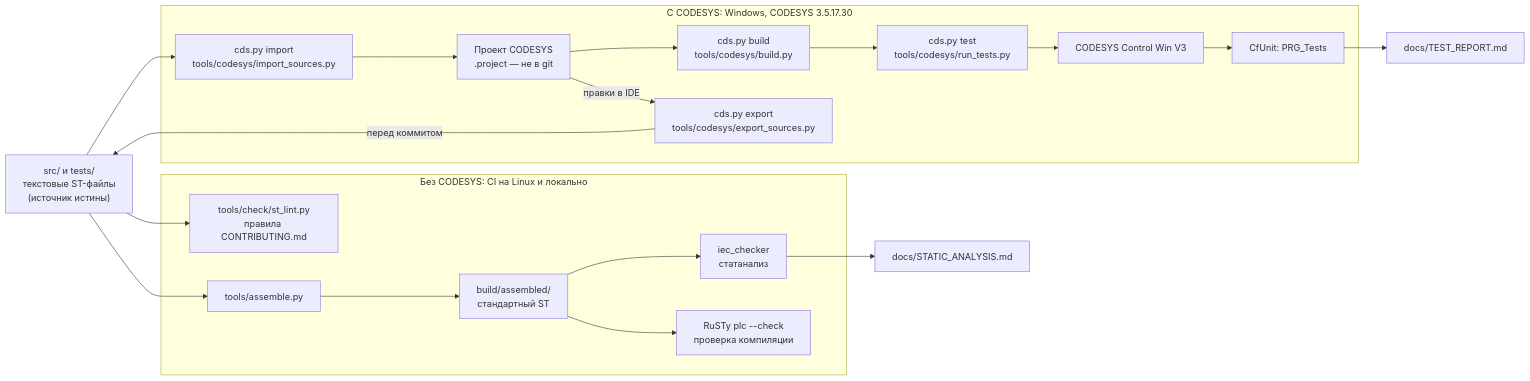
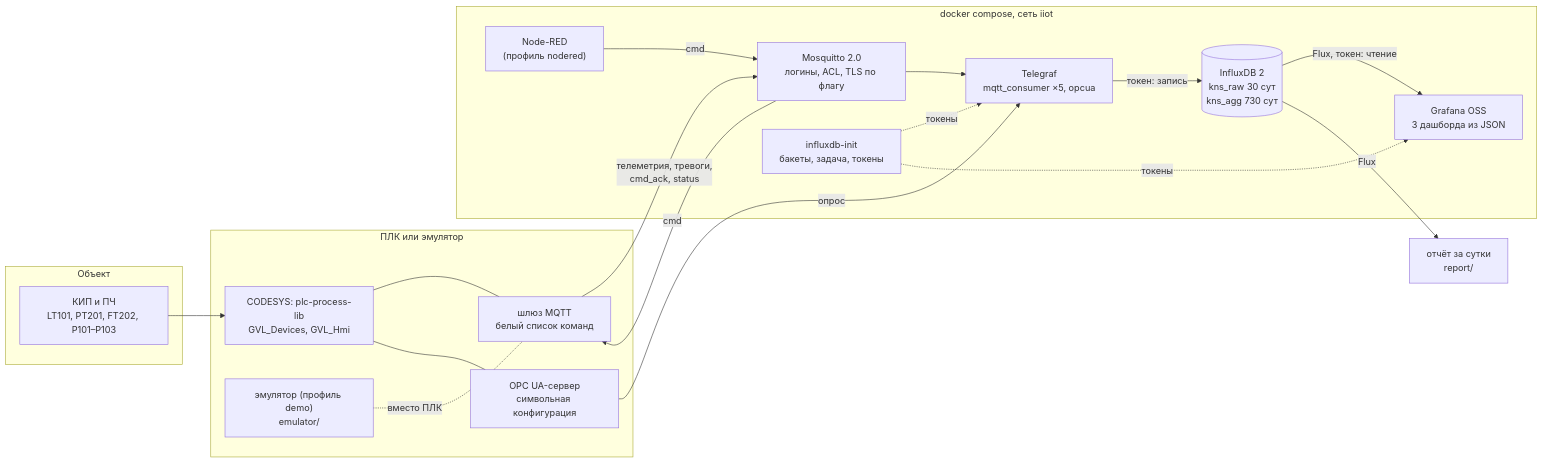
Before and after one commit to kr0nsch/plc-iiot-stack: the first of 2 diagrams in docs/ARCHITECTURE.md, drawn with Mermaid. The commit also changed other lines of this file and 28 other files, not shown here.

Commit message:
docs: архитектура, безопасность, схема данных, локальный запуск без Docker, CI

````diff
--- a/docs/ARCHITECTURE.md
+++ b/docs/ARCHITECTURE.md
@@ -9,32 +13,36 @@
 ```mermaid
 flowchart LR
-    src["src/ и tests/<br/>текстовые ST-файлы<br/>(источник истины)"]
+    subgraph field["Объект"]
+        kip["КИП и ПЧ<br/>LT101, PT201, FT202, P101–P103"]
+    end
+    subgraph plc["ПЛК или эмулятор"]
+        cds["CODESYS: plc-process-lib<br/>GVL_Devices, GVL_Hmi"]
+        emu["эмулятор (профиль demo)<br/>emulator/"]
+        gw["шлюз MQTT<br/>белый список команд"]
+        ua["OPC UA-сервер<br/>символьная конфигурация"]
+    end
+    subgraph stack["docker compose, сеть iiot"]
+        mq["Mosquitto 2.0<br/>логины, ACL, TLS по флагу"]
+        tg["Telegraf<br/>mqtt_consumer ×5, opcua"]
+        init["influxdb-init<br/>бакеты, задача, токены"]
+        db[("InfluxDB 2<br/>kns_raw 30 сут<br/>kns_agg 730 сут")]
+        gf["Grafana OSS<br/>3 дашборда из JSON"]
+        nr["Node-RED<br/>(профиль nodered)"]
+    end
+    rep["отчёт за сутки<br/>report/"]
 
-    subgraph ci["Без CODESYS: CI на Linux и локально"]
-        lint["tools/check/st_lint.py<br/>правила CONTRIBUTING.md"]
-        asm["tools/assemble.py"]
-        built["build/assembled/<br/>стандартный ST"]
-        iec["iec_checker<br/>статанализ"]
-        rusty["RuSTy plc --check<br/>проверка компиляции"]
-    end
-
-    subgraph cds["С CODESYS: Windows, CODESYS 3.5.17.30"]
-        imp["cds.py import<br/>tools/codesys/import_sources.py"]
-        proj["Проект CODESYS<br/>.project — не в git"]
-        bld["cds.py build<br/>tools/codesys/build.py"]
-        run["cds.py test<br/>tools/codesys/run_tests.py"]
-        ctrl["CODESYS Control Win V3"]
-        cf["CfUnit: PRG_Tests"]
-        exp["cds.py export<br/>tools/codesys/export_sources.py"]
-    end
-
-    rep["docs/TEST_REPORT.md"]
-    sa["docs/STATIC_ANALYSIS.md"]
-
-    src --> lint
-    src --> asm --> built
-    built --> iec --> sa
-    built --> rusty
-    src --> imp --> proj --> bld --> run --> ctrl --> cf --> rep
-    proj -- "правки в IDE" --> exp -- "перед коммитом" --> src
+    kip --> cds
+    cds --- gw
+    cds --- ua
+    emu -. "вместо ПЛК" .- gw
+    gw -- "телеметрия, тревоги,<br/>cmd_ack, status" --> mq
+    mq -- "cmd" --> gw
+    mq --> tg
+    ua -- "опрос" --> tg
+    tg -- "токен: запись" --> db
+    init -. "токены" .-> tg
+    init -. "токены" .-> gf
+    db -- "Flux, токен: чтение" --> gf
+    nr -- "cmd" --> mq
+    db -- "Flux" --> rep
 ```
````
